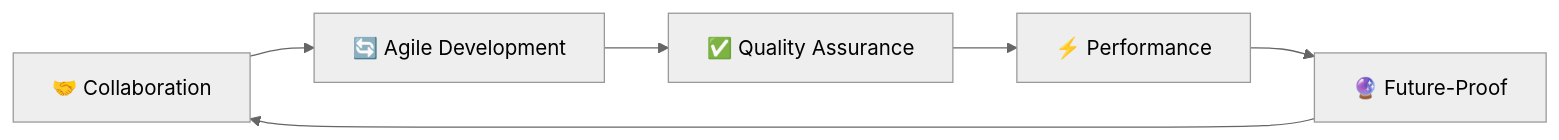
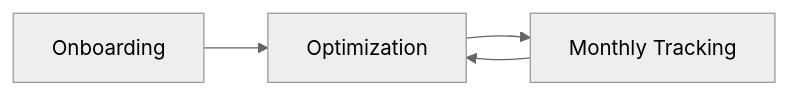
One commit to HARGILE-tech-studio/.github changed the diagram in profile/README.md. Above: the diagram before and after it, drawn with Mermaid (neutral theme). The commit also changed other lines of this file, not shown here.

````diff
--- a/profile/README.md
+++ b/profile/README.md
@@ -328,8 +207,6 @@
 ```mermaid
 graph LR
-    A[🤝 Collaboration] --> B[🔄 Agile Development]
-    B --> C[✅ Quality Assurance]
-    C --> D[⚡ Performance]
-    D --> E[🔮 Future-Proof]
-    E --> A
+    A[Onboarding] --> B[Optimization]
+    B --> C[Monthly Tracking]
+    C --> B
 ```
````
